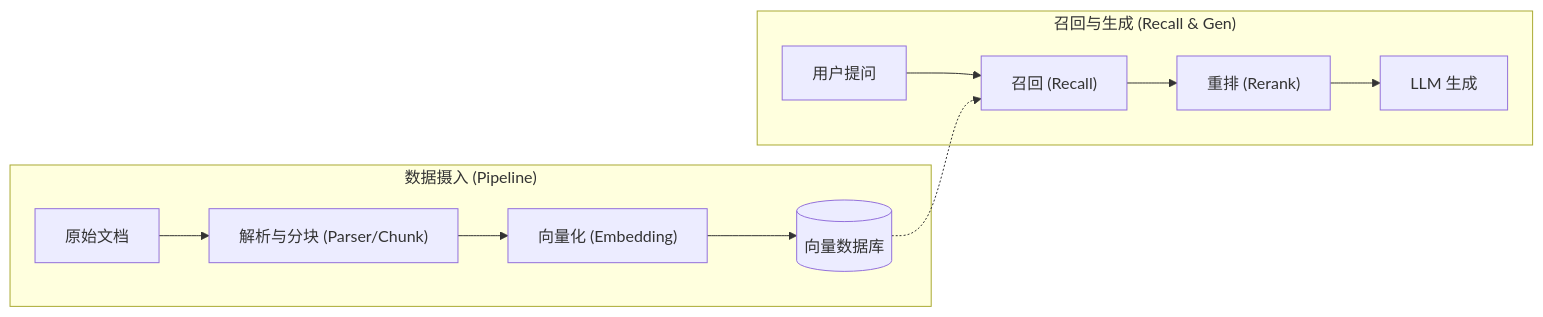
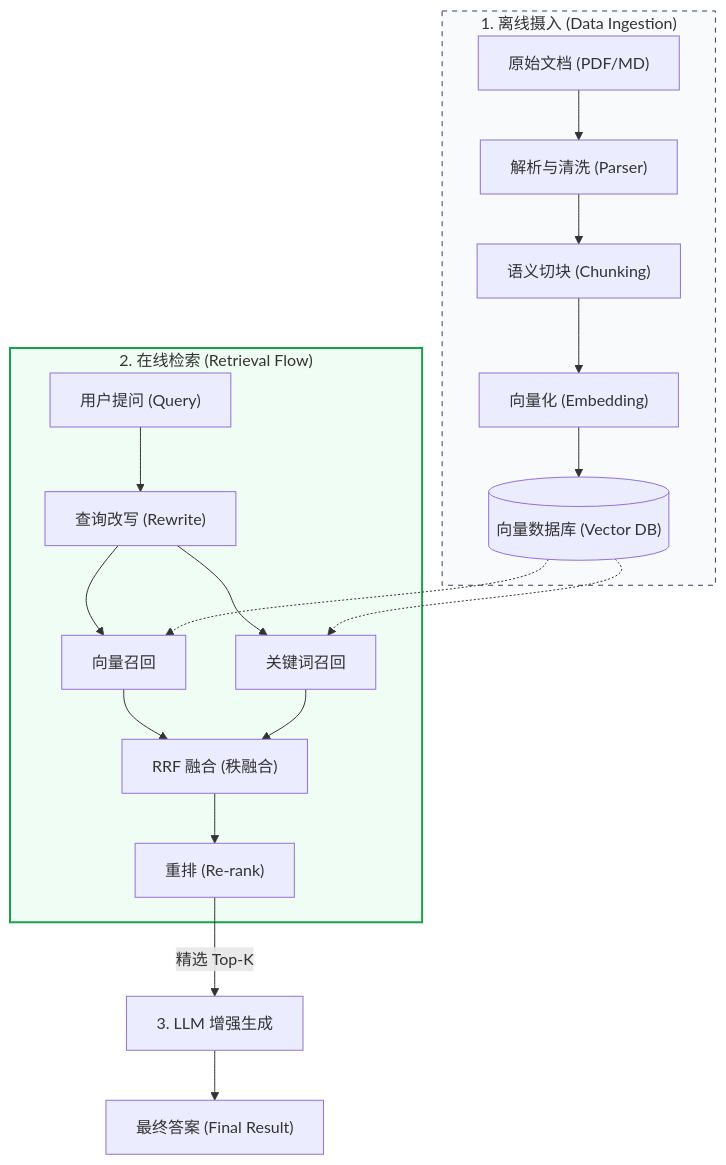
Before and after one commit to wangchong2023/ai-learning: diagram 19 of 37 in doc/AI_Knowledge_Roadmap.md, drawn with Mermaid. The commit also changed other lines of this file, not shown here.

Commit message:
docs: update AI knowledge roadmap with new learning milestones

````diff
--- a/doc/AI_Knowledge_Roadmap.md
+++ b/doc/AI_Knowledge_Roadmap.md
@@ -719,16 +853,29 @@
 ```mermaid
-graph LR
-    subgraph Ingestion ["数据摄入 (Pipeline)"]
-        D["原始文档"] --> P["解析与分块 (Parser/Chunk)"]
-        P --> E["向量化 (Embedding)"]
-        E --> DB[("向量数据库")]
+graph TD
+    %% 离线摄入
+    subgraph Ingestion ["1. 离线摄入 (Data Ingestion)"]
+        D["原始文档 (PDF/MD)"] --> P["解析与清洗 (Parser)"]
+        P --> S["语义切块 (Chunking)"]
+        S --> E["向量化 (Embedding)"]
+        E --> DB[("向量数据库 (Vector DB)")]
     end
 
-    subgraph QueryFlow ["召回与生成 (Recall & Gen)"]
-        Q["用户提问"] --> S["召回 (Recall)"]
-        S --> R["重排 (Rerank)"]
-        R --> Gen["LLM 生成"]
+    %% 在线检索
+    subgraph QueryFlow ["2. 在线检索 (Retrieval Flow)"]
+        UserQuery["用户提问 (Query)"] --> Rewrite["查询改写 (Rewrite)"]
+        Rewrite --> Dense["向量召回"]
+        Rewrite --> Keyword["关键词召回"]
+        Dense & Keyword --> RRF["RRF 融合 (秩融合)"]
+        RRF --> Rerank["重排 (Re-rank)"]
     end
 
-    DB -.-> S
+    DB -.-> Dense
+    DB -.-> Keyword
+
+    %% 生成阶段
+    Rerank -- "精选 Top-K" --> LLM["3. LLM 增强生成"]
+    LLM --> Final["最终答案 (Final Result)"]
+
+    style Ingestion fill:#f8fafc,stroke:#334155,stroke-dasharray: 5 5
+    style QueryFlow fill:#f0fdf4,stroke:#16a34a,stroke-width:2px
 ```
````
